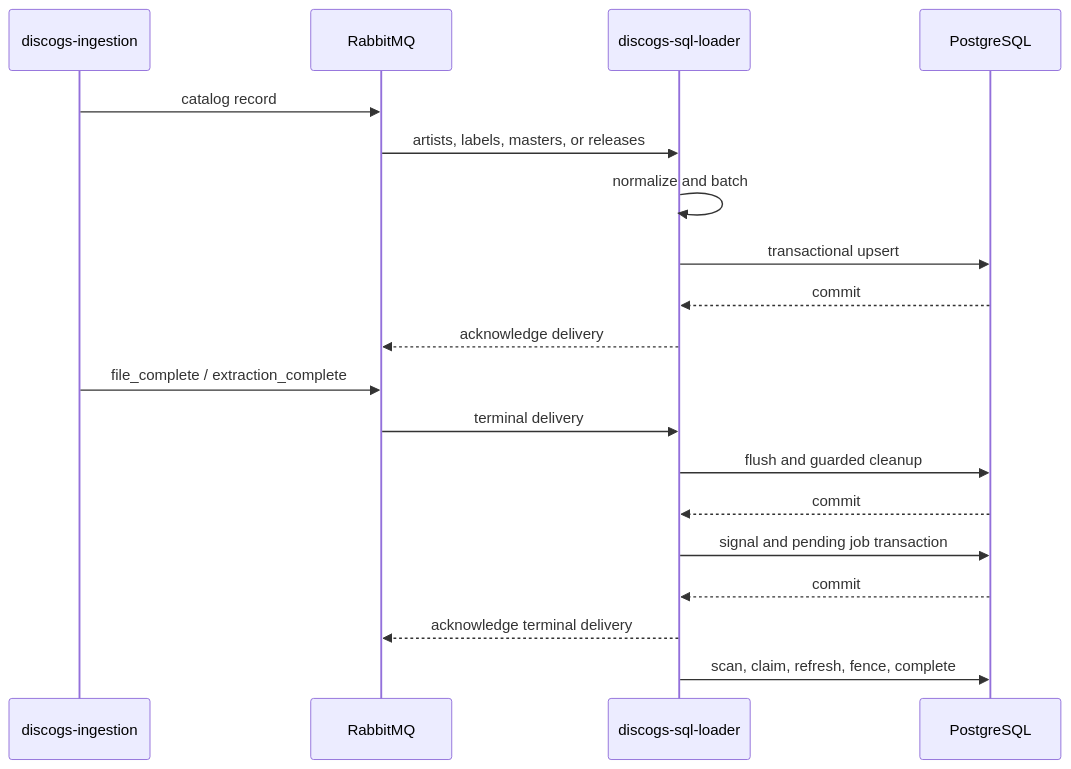
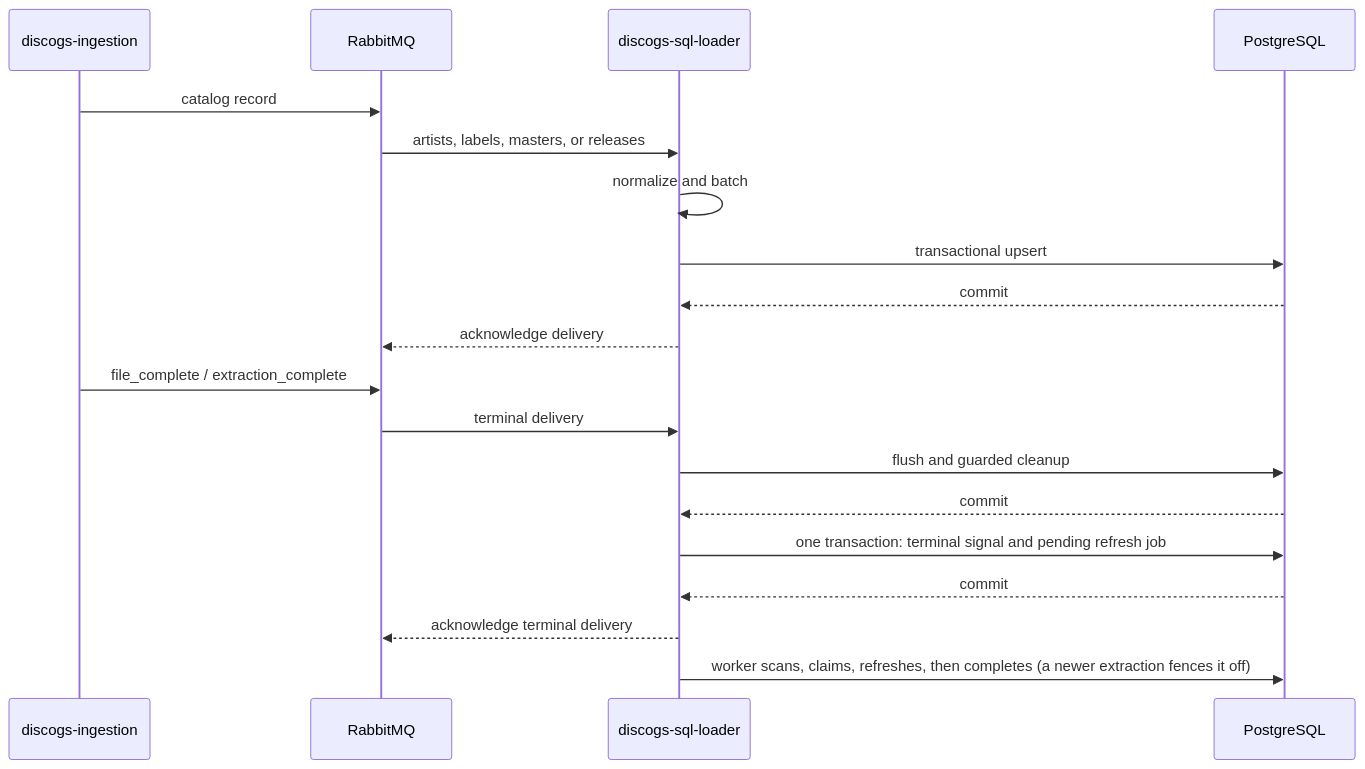
One commit to groovemap-music/discogs-sql-loader changed the diagram in docs/operations.md. Above: the diagram before and after it, drawn with Mermaid. The commit also changed other lines of this file, not shown here.

First line of the commit message:
docs: make the operations guide easier to scan

````diff
--- a/docs/operations.md
+++ b/docs/operations.md
@@ -5,22 +10,22 @@
 ```mermaid
 sequenceDiagram
     participant I as discogs-ingestion
     participant R as RabbitMQ
     participant L as discogs-sql-loader
     participant P as PostgreSQL
 
     I->>R: catalog record
     R->>L: artists, labels, masters, or releases
     L->>L: normalize and batch
     L->>P: transactional upsert
     P-->>L: commit
     L-->>R: acknowledge delivery
     I->>R: file_complete / extraction_complete
     R->>L: terminal delivery
     L->>P: flush and guarded cleanup
     P-->>L: commit
-    L->>P: signal and pending job transaction
+    L->>P: one transaction: terminal signal and pending refresh job
     P-->>L: commit
     L-->>R: acknowledge terminal delivery
-    L->>P: scan, claim, refresh, fence, complete
+    L->>P: worker scans, claims, refreshes, then completes (a newer extraction fences it off)
 ```
````
